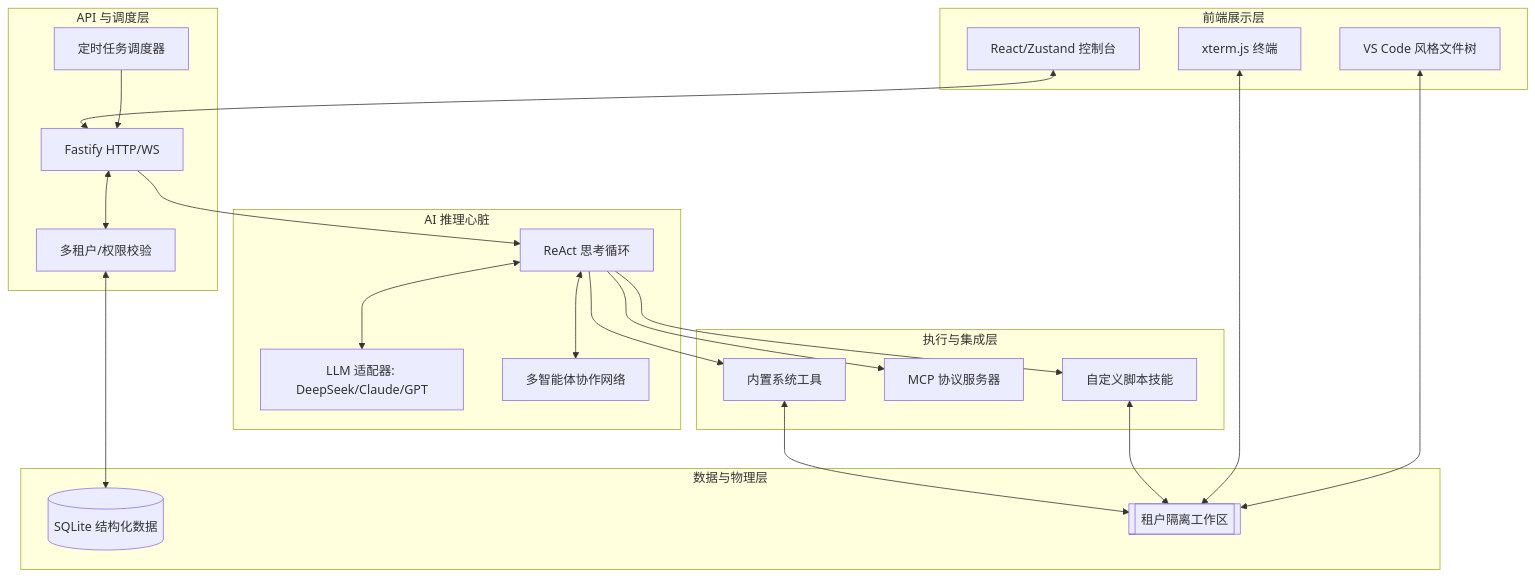
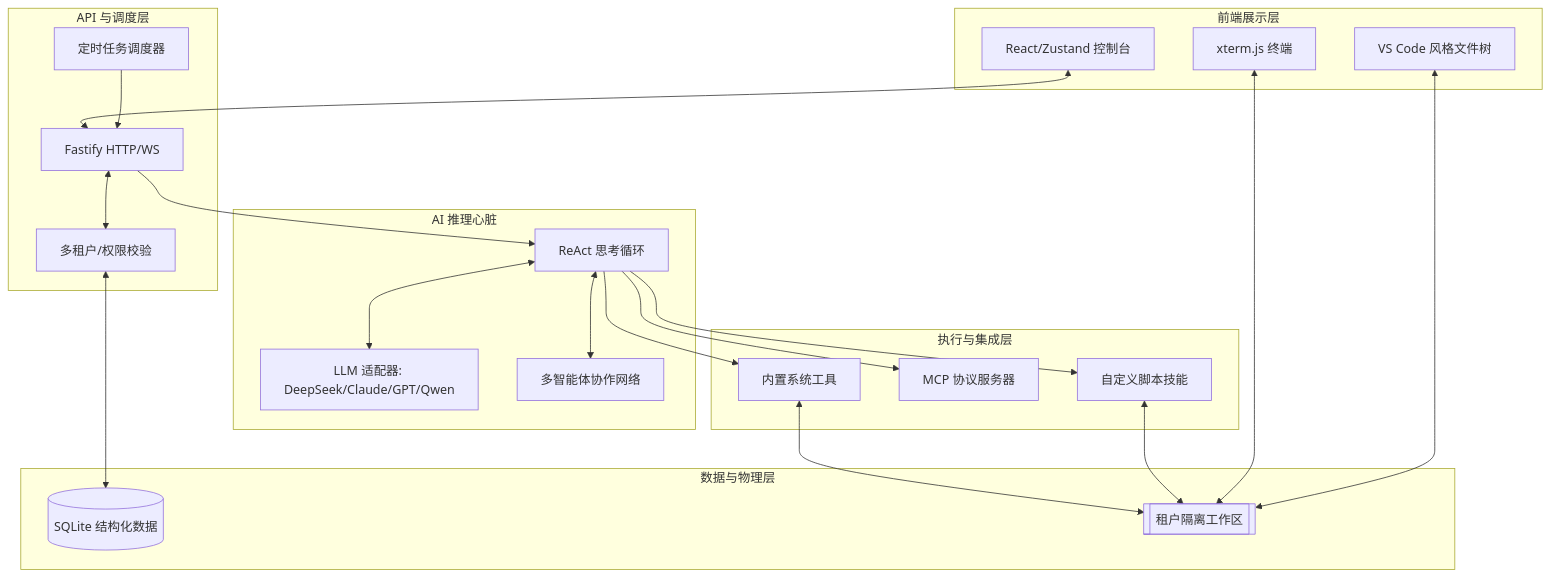
Before and after one commit to HJ-uncle/ai-agent-engine: the diagram in docs/docs/overview.md, drawn with Mermaid. The commit also changed 33 other files, not shown here.

````diff
--- a/docs/docs/overview.md
+++ b/docs/docs/overview.md
@@ -9,46 +9,46 @@
 ```mermaid
 graph TD
     subgraph Frontend [前端展示层]
         UI[React/Zustand 控制台]
         Explorer[VS Code 风格文件树]
         Terminal[xterm.js 终端]
     end
 
     subgraph API_Layer [API 与调度层]
         API[Fastify HTTP/WS]
         Auth[多租户/权限校验]
         Cron[定时任务调度器]
     end
 
     subgraph Reasoning [AI 推理心脏]
         Loop[ReAct 思考循环]
-        Adapter[LLM 适配器: DeepSeek/Claude/GPT]
+        Adapter[LLM 适配器: DeepSeek/Claude/GPT/Qwen]
         SubAgent[多智能体协作网络]
     end
 
     subgraph Tools_Execution [执行与集成层]
         SysTools[内置系统工具]
         MCP[MCP 协议服务器]
         Skills[自定义脚本技能]
     end
 
     subgraph Persistence [数据与物理层]
         SQLite[(SQLite 结构化数据)]
         Workspace[[租户隔离工作区]]
     end
 
     UI <--> API
     API <--> Auth
     Auth <--> SQLite
     API --> Loop
     Cron --> API
     Loop <--> Adapter
     Loop <--> SubAgent
     Loop --> SysTools
     Loop --> MCP
     Loop --> Skills
     SysTools <--> Workspace
     Skills <--> Workspace
     Terminal <--> Workspace
     Explorer <--> Workspace
 ```
````
